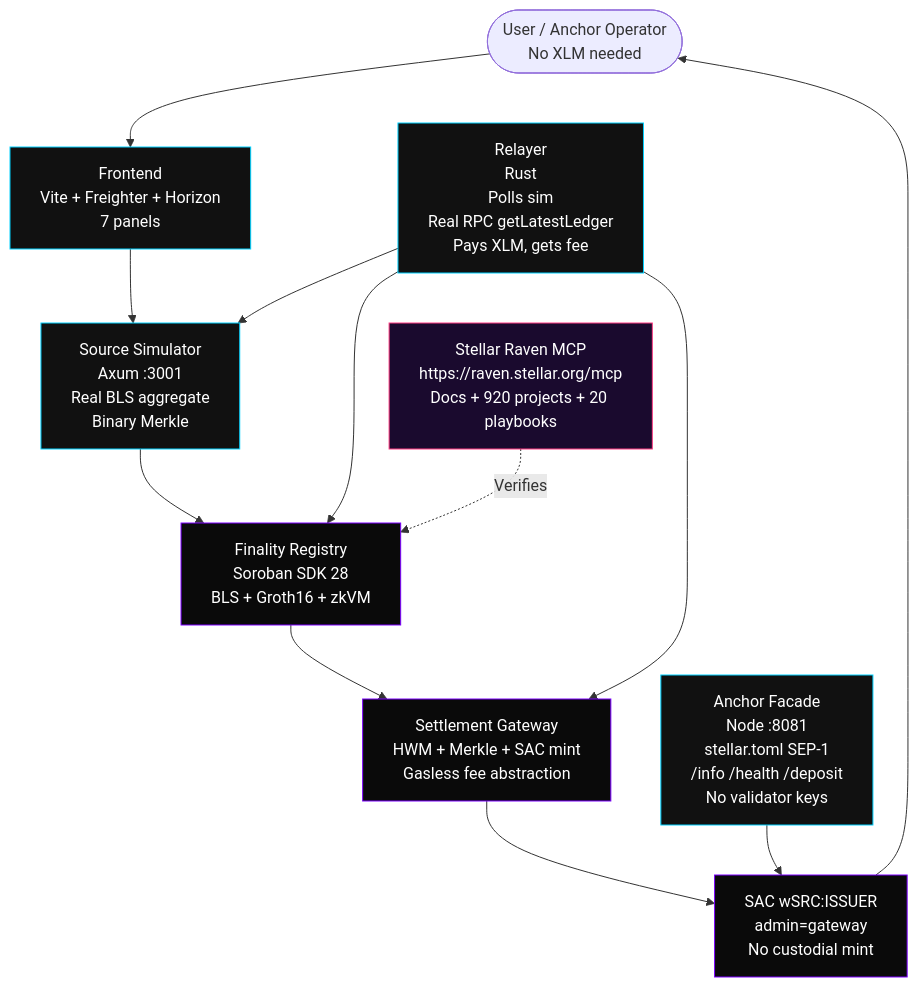
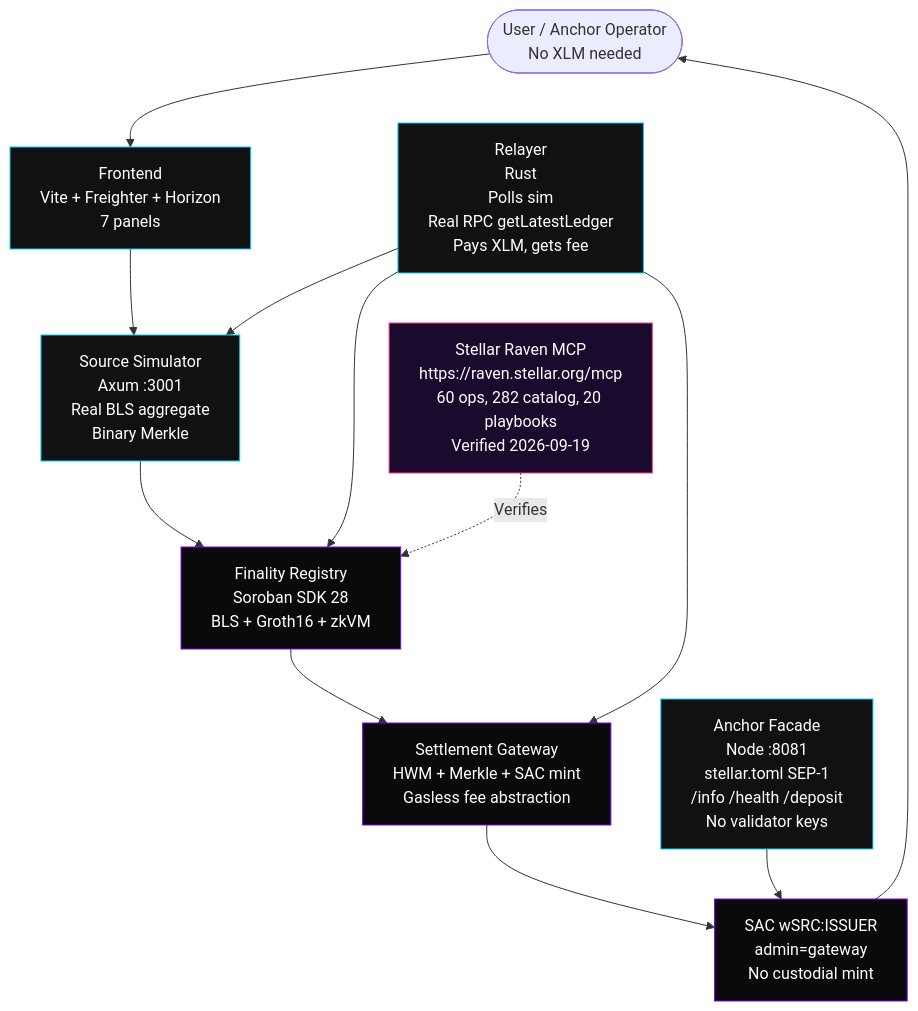
The first of 6 diagrams in README.md (lubothebook/lumen-gate), drawn with Mermaid before and after one commit. The commit also changed other lines of this file and 23 other files, not shown here.

````diff
--- a/README.md
+++ b/README.md
@@ -51,25 +52,25 @@
 ```mermaid
 flowchart TB
     User([User / Anchor Operator<br/>No XLM needed]) --> FE[Frontend<br/>Vite + Freighter + Horizon<br/>7 panels]
     FE --> SIM[Source Simulator<br/>Axum :3001<br/>Real BLS aggregate<br/>Binary Merkle]
     SIM --> REG[Finality Registry<br/>Soroban SDK 28<br/>BLS + Groth16 + zkVM]
     REG --> GW[Settlement Gateway<br/>HWM + Merkle + SAC mint<br/>Gasless fee abstraction]
     GW --> SAC[SAC wSRC:ISSUER<br/>admin=gateway<br/>No custodial mint]
     SAC --> User
 
     REL[Relayer<br/>Rust<br/>Polls sim<br/>Real RPC getLatestLedger<br/>Pays XLM, gets fee] --> SIM
     REL --> REG
     REL --> GW
 
     AN[Anchor Facade<br/>Node :8081<br/>stellar.toml SEP-1<br/>/info /health /deposit<br/>No validator keys] --> SAC
 
-    RAVEN[Stellar Raven MCP<br/>https://raven.stellar.org/mcp<br/>Docs + 920 projects + 20 playbooks] -. Verifies .-> REG
+    RAVEN[Stellar Raven MCP<br/>https://raven.stellar.org/mcp<br/>60 ops, 282 catalog, 20 playbooks<br/>Verified 2026-09-19] -. Verifies .-> REG
 
     classDef stellar fill:#0A0A0A,stroke:#7D00FF,color:#fff
     classDef offchain fill:#111,stroke:#00D1FF,color:#fff
     classDef innovation fill:#1a0a2e,stroke:#FF3B82,color:#fff
 
     class REG,GW,SAC stellar
     class SIM,REL,FE,AN offchain
     class RAVEN innovation
 ```
````
